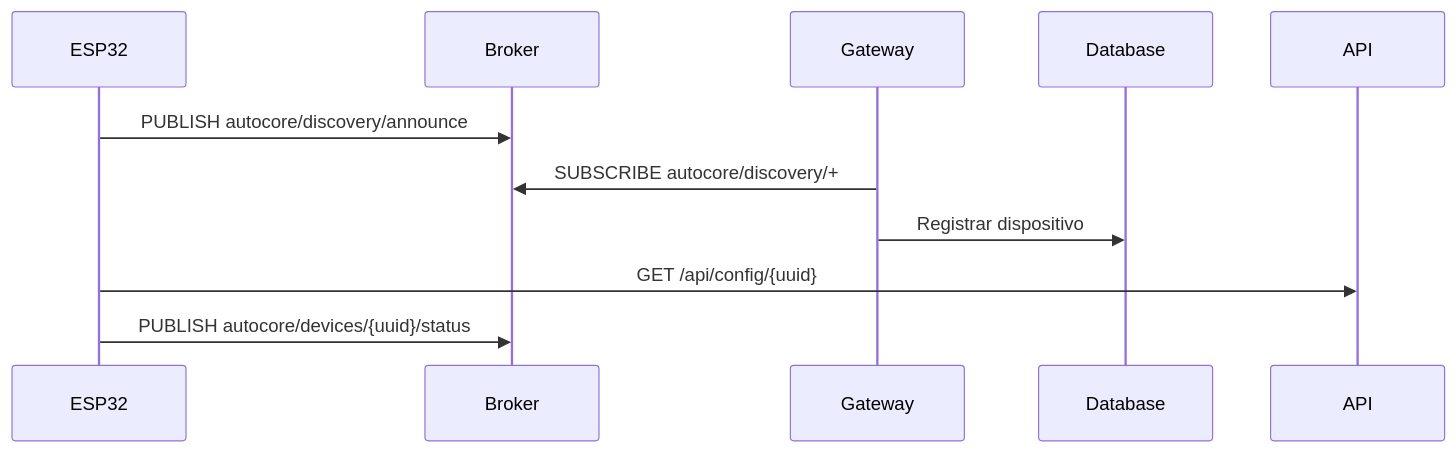
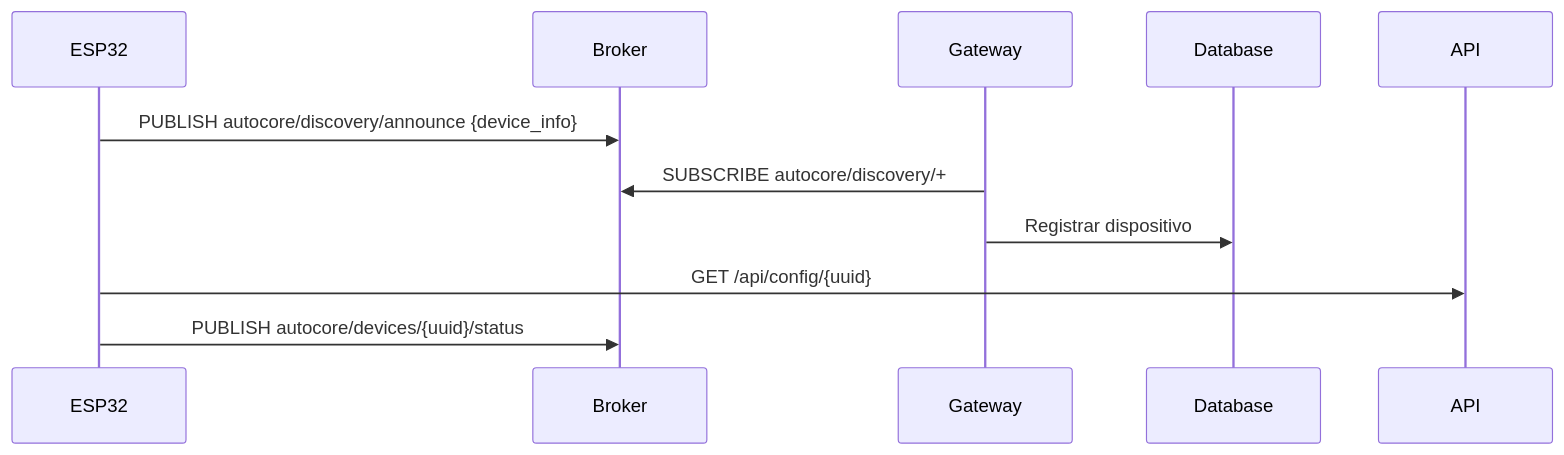
One commit to leechardes/autocore changed the first of 5 diagrams in docs/MQTT_ARCHITECTURE.md. Above: the diagram before and after it, drawn with Mermaid. The commit also changed other lines of this file and 9 other files, not shown here.

````diff
--- a/docs/MQTT_ARCHITECTURE.md
+++ b/docs/MQTT_ARCHITECTURE.md
@@ -187,8 +211,8 @@
 ```mermaid
 sequenceDiagram
-    ESP32->>Broker: PUBLISH autocore/discovery/announce
+    ESP32->>Broker: PUBLISH autocore/discovery/announce {device_info}
     Gateway->>Broker: SUBSCRIBE autocore/discovery/+
     Gateway->>Database: Registrar dispositivo
     ESP32->>API: GET /api/config/{uuid}
     ESP32->>Broker: PUBLISH autocore/devices/{uuid}/status
 ```
````
